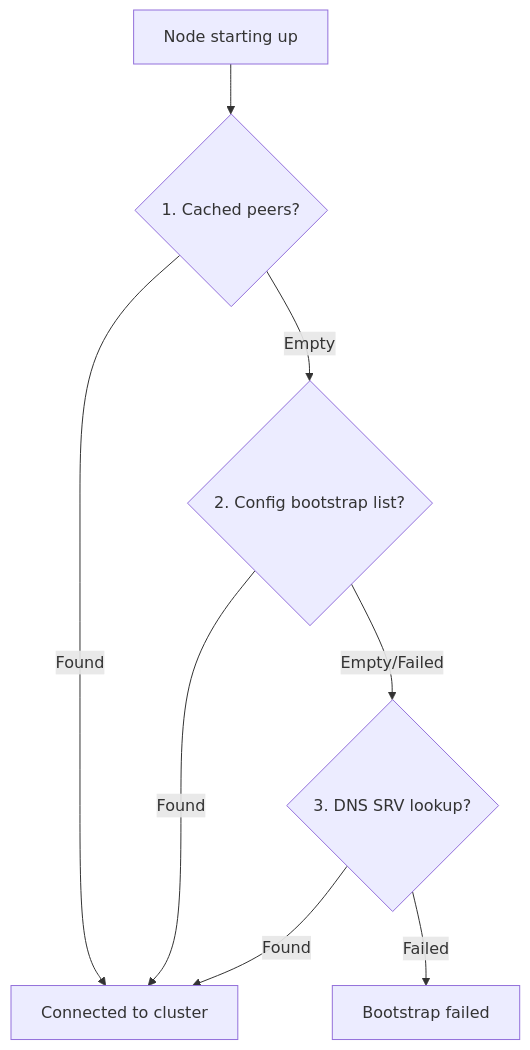
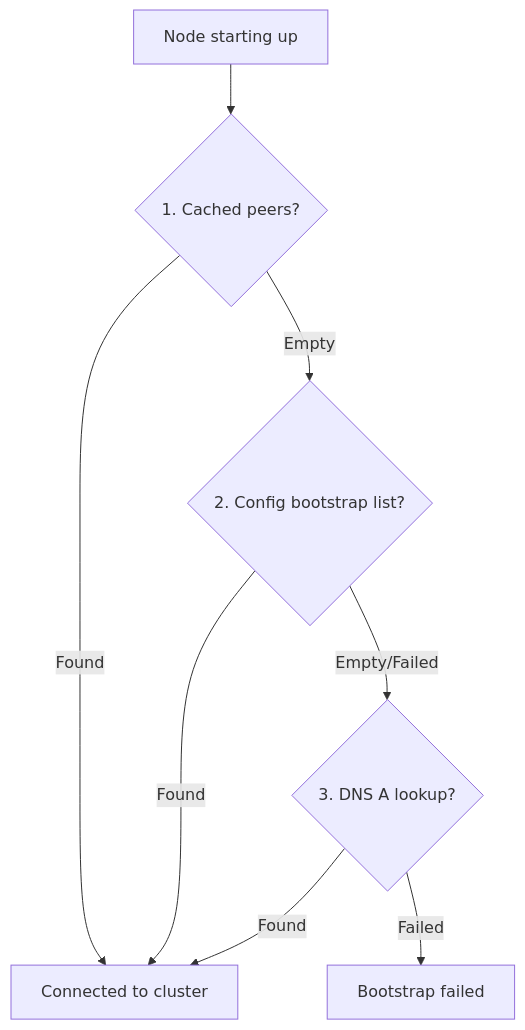
One commit to inferadb/ledger changed the eighth of 11 diagrams in DESIGN.md. Above: the diagram before and after it, drawn with Mermaid. The commit also changed other lines of this file and 23 other files, not shown here.

Commit message:
feat(deploy): k8s and helm charts

````diff
--- a/DESIGN.md
+++ b/DESIGN.md
@@ -2229,17 +2229,17 @@
 ```mermaid
 flowchart TD
     start["Node starting up"]
     cached{"1. Cached peers?"}
     config{"2. Config bootstrap list?"}
-    dns{"3. DNS SRV lookup?"}
+    dns{"3. DNS A lookup?"}
     connected["Connected to cluster"]
     failed["Bootstrap failed"]
 
     start --> cached
     cached -->|Found| connected
     cached -->|Empty| config
     config -->|Found| connected
     config -->|Empty/Failed| dns
     dns -->|Found| connected
     dns -->|Failed| failed
 ```
````
